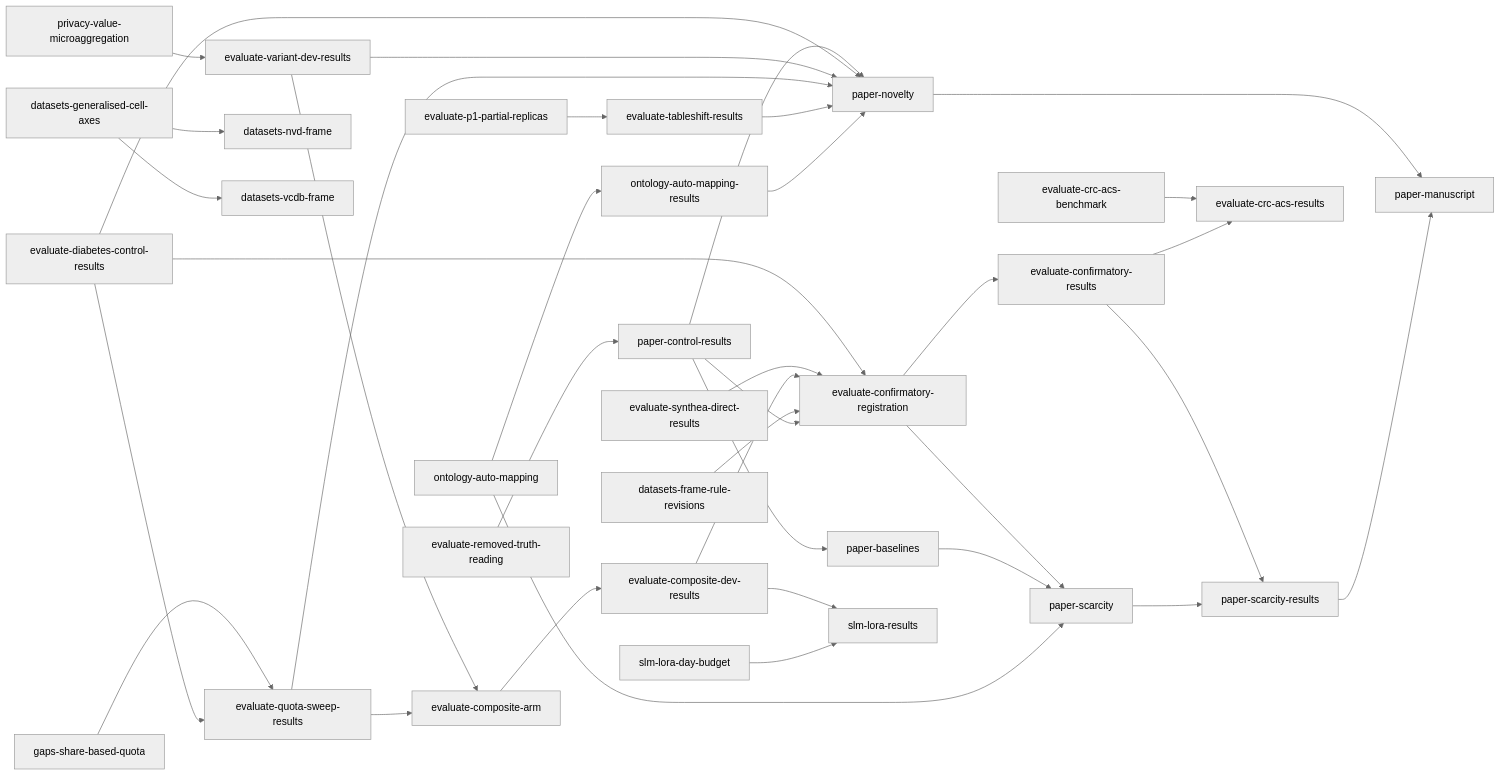
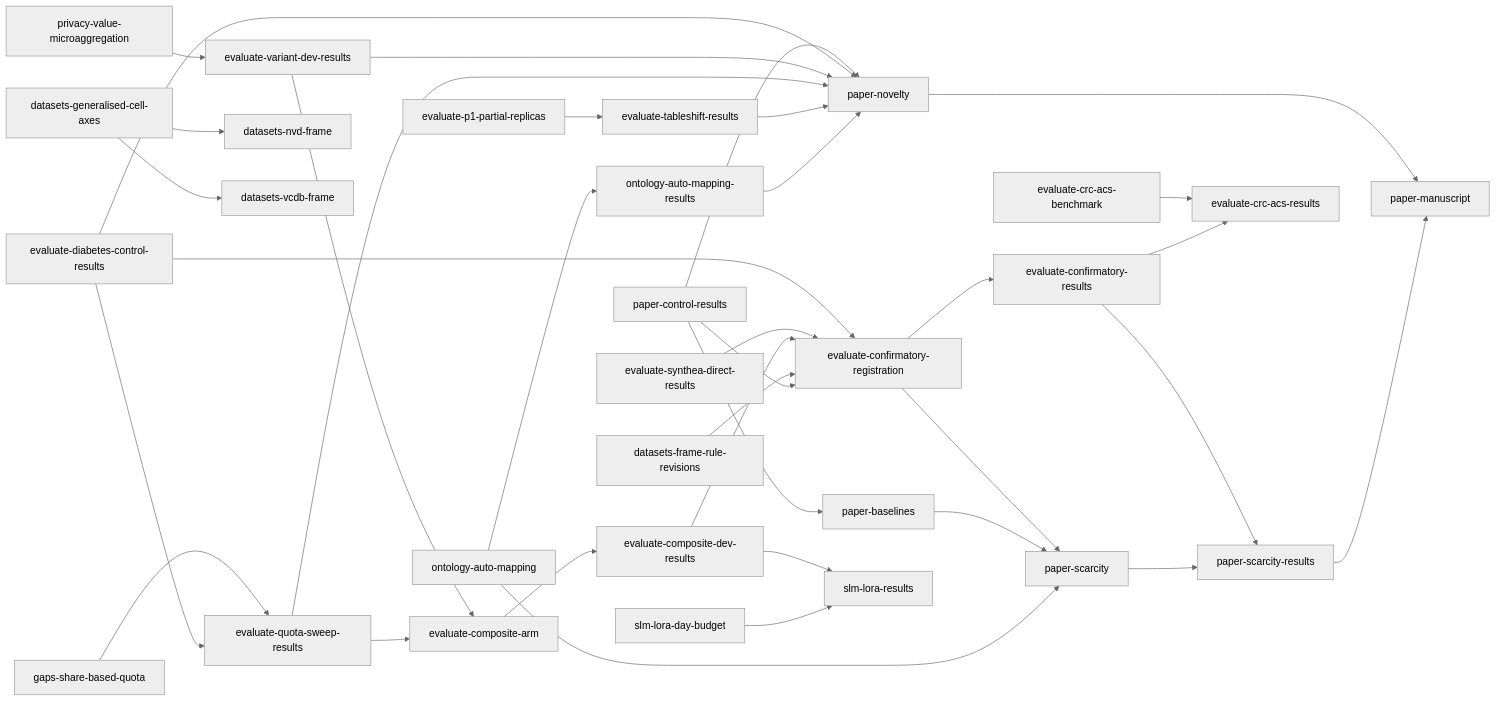
Before and after one commit to joe-dartmouth/synthetic: the diagram in tasks/direct-index.md, drawn with Mermaid (neutral theme). The commit also changed other lines of this file and 22 other files, not shown here.

First line of the commit message:
Add the removed-truth reading and record E6's readings (#146)

````diff
--- a/tasks/direct-index.md
+++ b/tasks/direct-index.md
@@ -129,38 +123,37 @@
 ```mermaid
 flowchart LR
     p2[paper-control-results] --> p3[paper-baselines]
     u30[evaluate-confirmatory-registration] --> p4[paper-scarcity]
     u31[evaluate-confirmatory-results] --> p5[paper-scarcity-results]
     p3[paper-baselines] --> p4[paper-scarcity]
     p4[paper-scarcity] --> p5[paper-scarcity-results]
     p0[paper-novelty] --> p6[paper-manuscript]
     p5[paper-scarcity-results] --> p6[paper-manuscript]
     u16[privacy-value-microaggregation] --> u19[evaluate-variant-dev-results]
     u20[gaps-share-based-quota] --> u21[evaluate-quota-sweep-results]
     u50[datasets-generalised-cell-axes] --> u52[datasets-nvd-frame]
     u50 --> u53[datasets-vcdb-frame]
     u19 --> u28[evaluate-composite-arm]
     u21 --> u28
     u28 --> u29[evaluate-composite-dev-results]
     u7[evaluate-diabetes-control-results] --> u30[evaluate-confirmatory-registration]
     u8[evaluate-synthea-direct-results] --> u30
     u29 --> u30
     u56[datasets-frame-rule-revisions] --> u30
     u30 --> u31[evaluate-confirmatory-results]
     u54[evaluate-p1-partial-replicas] --> u55[evaluate-tableshift-results]
     u41[evaluate-crc-acs-benchmark] --> u42[evaluate-crc-acs-results]
     u31 --> u42
     u32[ontology-auto-mapping] --> u33[ontology-auto-mapping-results]
     u29 --> u36[slm-lora-results]
     u51[slm-lora-day-budget] --> u36
     u7[evaluate-diabetes-control-results] --> u21[evaluate-quota-sweep-results]
     p2[paper-control-results] --> u30[evaluate-confirmatory-registration]
     p2[paper-control-results] --> p0[paper-novelty]
-    u57[evaluate-removed-truth-reading] --> p2[paper-control-results]
     u32[ontology-auto-mapping] --> p4[paper-scarcity]
     u7[evaluate-diabetes-control-results] --> p0[paper-novelty]
     u19[evaluate-variant-dev-results] --> p0[paper-novelty]
     u21[evaluate-quota-sweep-results] --> p0[paper-novelty]
     u55[evaluate-tableshift-results] --> p0[paper-novelty]
     u33[ontology-auto-mapping-results] --> p0[paper-novelty]
 ```
````
